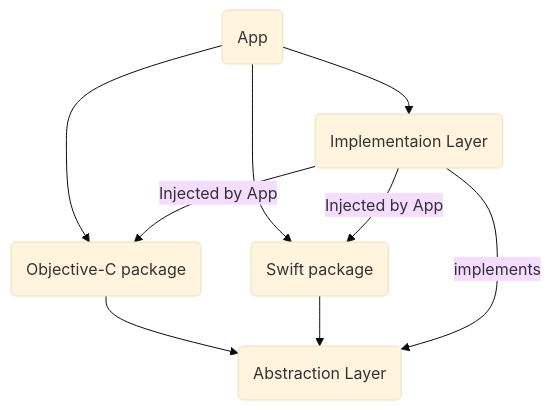
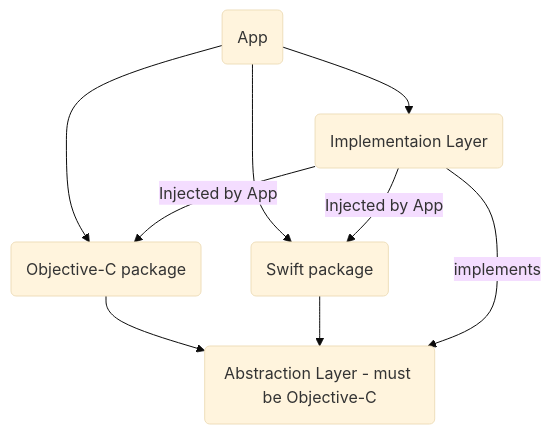
The diagram in README.md (Automattic/spm-abstraction-layer-demo), drawn with Mermaid (base theme) before and after one commit.

Commit message:
Add note about Objective-C abstraction layer in graph

````diff
--- a/README.md
+++ b/README.md
@@ -6,11 +6,11 @@
 ```mermaid
 flowchart TD
     A(App) --> B(Objective-C package)
     A --> C(Swift package)
-    B --> D(Abstraction Layer)
+    B --> D(Abstraction Layer - must be Objective-C )
     C --> D
     E(Implementaion Layer) --> |implements| D
     A --> E
     E --> |Injected by App|B
     E --> |Injected by App|C
 ```
````
